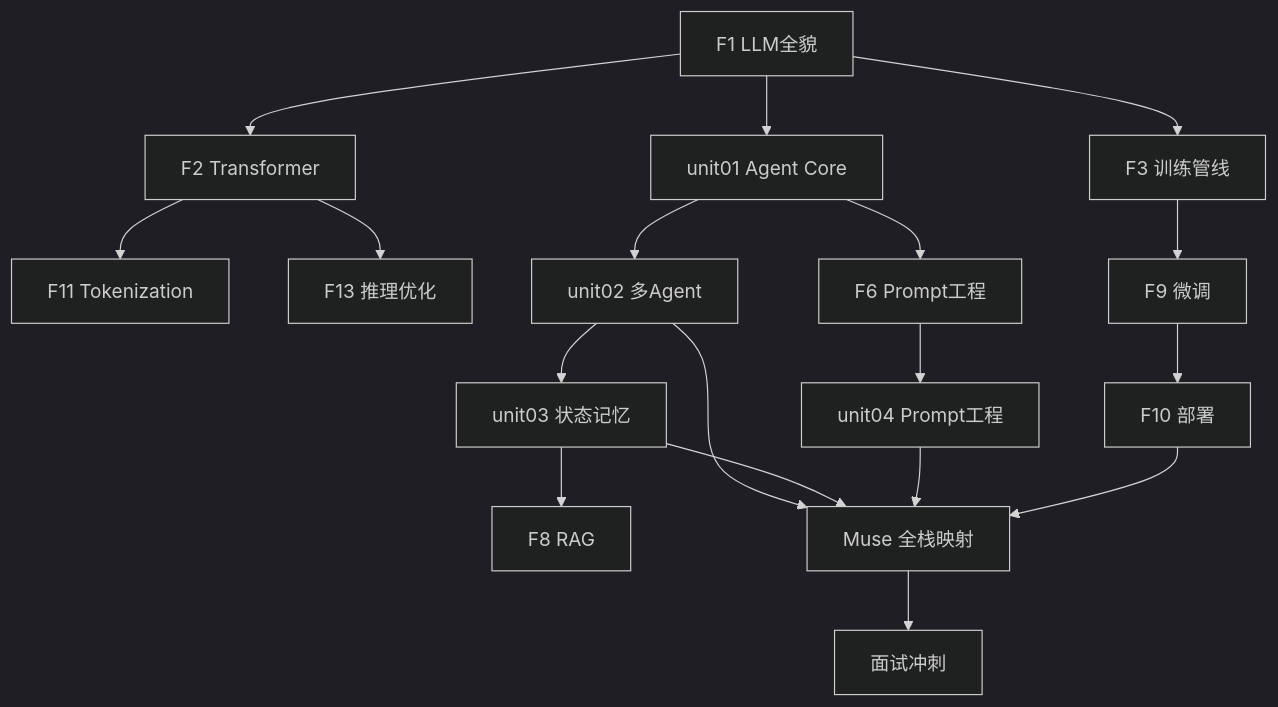
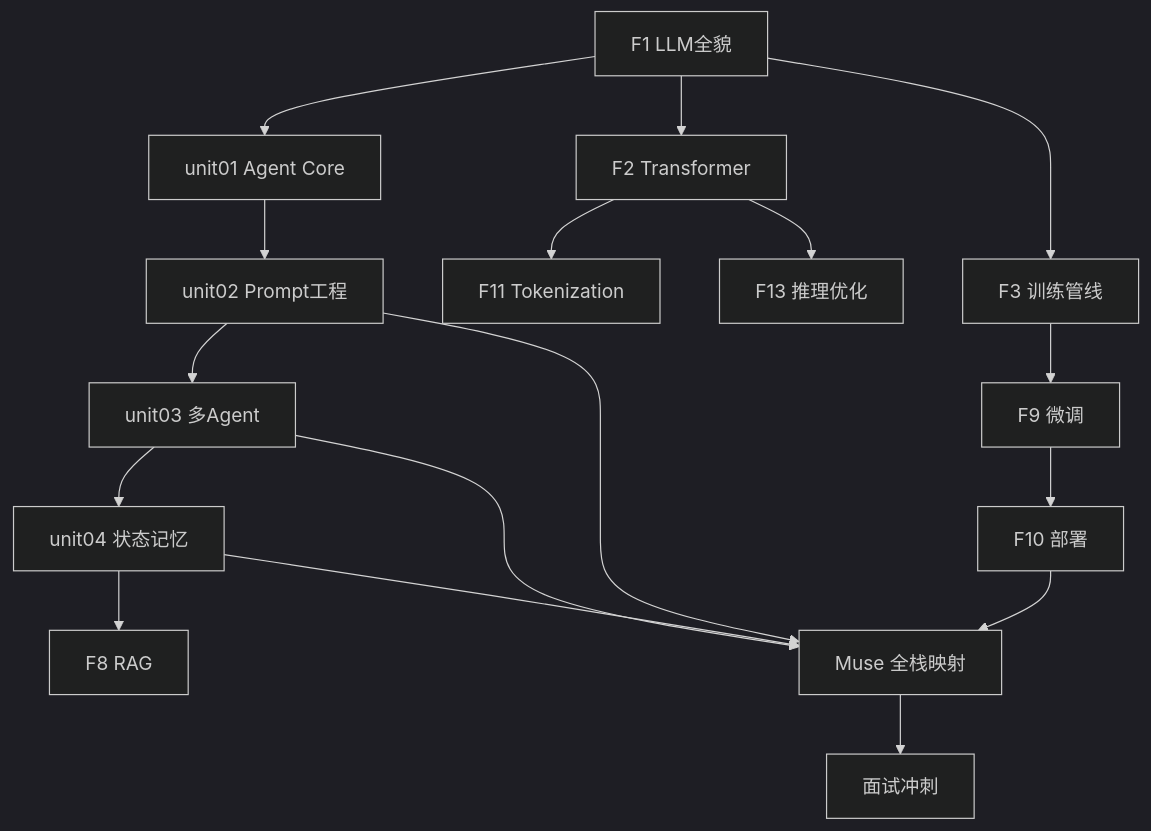
One commit to later-3/muse changed the diagram in user/SYLLABUS.md. Above: the diagram before and after it, drawn with Mermaid (dark theme). The commit also changed other lines of this file and 52 other files, not shown here.

````diff
--- a/user/SYLLABUS.md
+++ b/user/SYLLABUS.md
@@ -263,20 +264,19 @@
 ```mermaid
 graph TD
     F1["F1 LLM全貌"] --> F2["F2 Transformer"]
     F1 --> F3["F3 训练管线"]
     F2 --> F11["F11 Tokenization"]
     F2 --> F13["F13 推理优化"]
     F3 --> F9["F9 微调"]
     F9 --> F10["F10 部署"]
     F1 --> U01["unit01 Agent Core"]
-    U01 --> U02["unit02 多Agent"]
-    U01 --> F6["F6 Prompt工程"]
-    U02 --> U03["unit03 状态记忆"]
-    U03 --> F8["F8 RAG"]
-    F6 --> U04["unit04 Prompt工程"]
-    U02 --> MUSE["Muse 全栈映射"]
-    U03 --> MUSE
+    U01 --> U02["unit02 Prompt工程"]
+    U02 --> U03["unit03 多Agent"]
+    U03 --> U04["unit04 状态记忆"]
+    U04 --> F8["F8 RAG"]
+    U03 --> MUSE["Muse 全栈映射"]
     U04 --> MUSE
+    U02 --> MUSE
     F10 --> MUSE
     MUSE --> INT["面试冲刺"]
 ```
````
